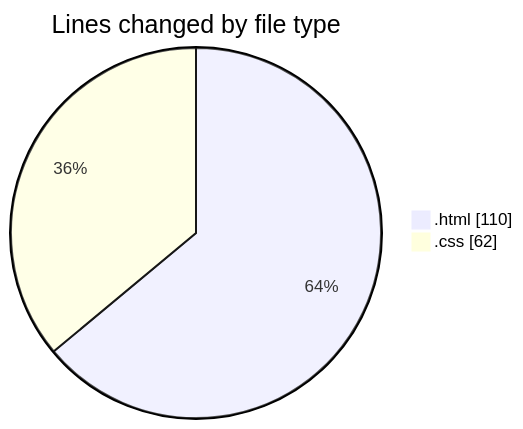
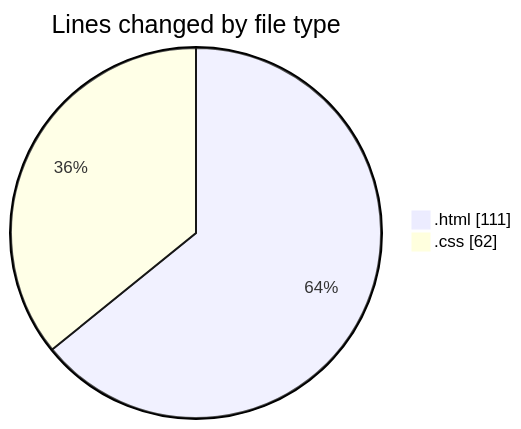
The first of 2 diagrams in 2026-09-01/web_tec_2026/README.md (Unknowalive/code-tracking), drawn with Mermaid before and after one commit. The commit also changed other lines of this file and 1 other file, not shown here.

````diff
--- a/2026-09-01/web_tec_2026/README.md
+++ b/2026-09-01/web_tec_2026/README.md
@@ -24,6 +24,6 @@
 ```mermaid
 pie showData
 title Lines changed by file type
-".html" : 110
+".html" : 111
 ".css" : 62
 ```
````
